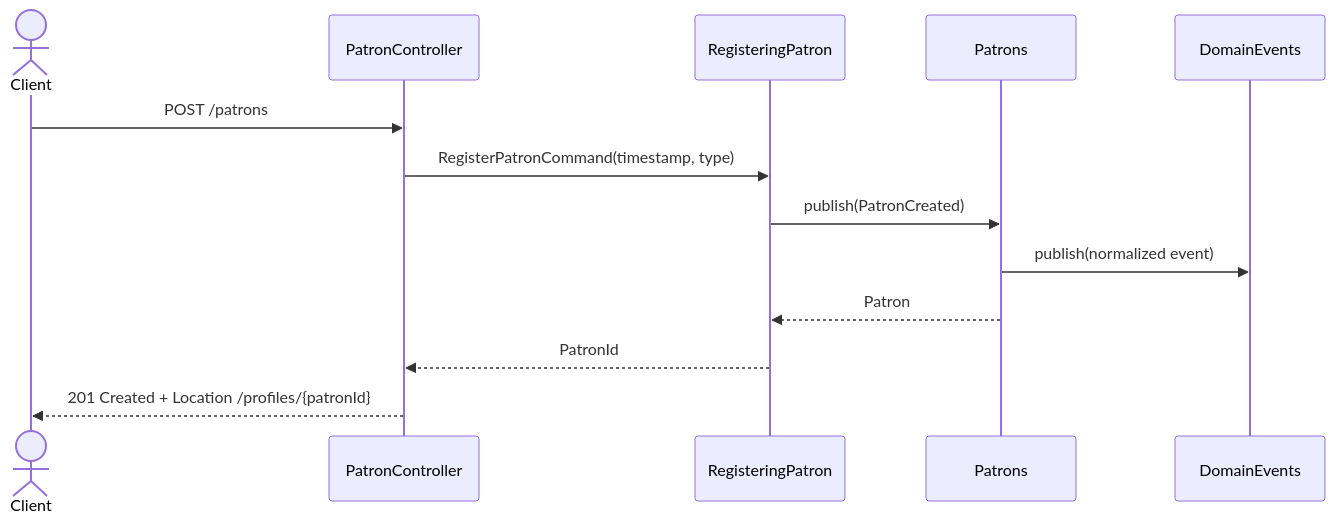
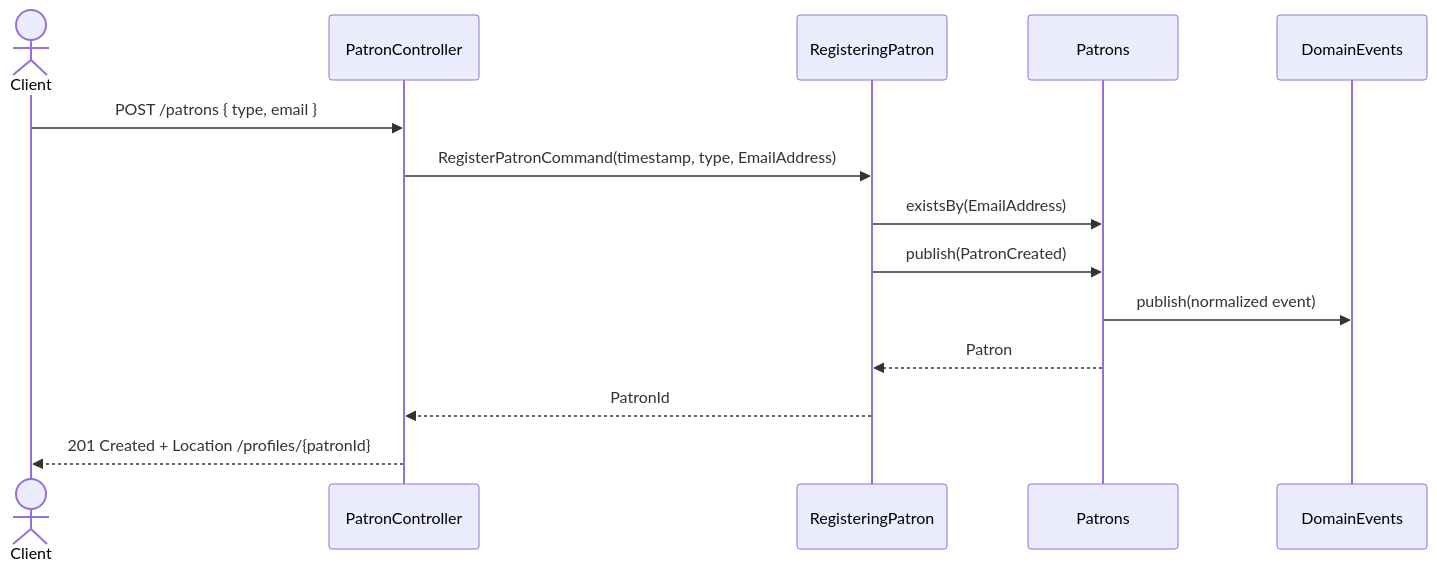
Before and after one commit to MohamedHamed12/library: the diagram in docs/patron-registration.md, drawn with Mermaid. The commit also changed other lines of this file and 28 other files, not shown here.

Commit message:
feat: model patron email as immutable EmailAddress value object (#5)

````diff
--- a/docs/patron-registration.md
+++ b/docs/patron-registration.md
@@ -3,16 +3,17 @@
 ```mermaid
 sequenceDiagram
     actor Client
     participant Controller as PatronController
     participant Service as RegisteringPatron
     participant Repo as Patrons
     participant Events as DomainEvents
 
-    Client->>Controller: POST /patrons
-    Controller->>Service: RegisterPatronCommand(timestamp, type)
+    Client->>Controller: POST /patrons { type, email }
+    Controller->>Service: RegisterPatronCommand(timestamp, type, EmailAddress)
+    Service->>Repo: existsBy(EmailAddress)
     Service->>Repo: publish(PatronCreated)
     Repo->>Events: publish(normalized event)
     Repo-->>Service: Patron
     Service-->>Controller: PatronId
     Controller-->>Client: 201 Created + Location /profiles/{patronId}
 ```
````
